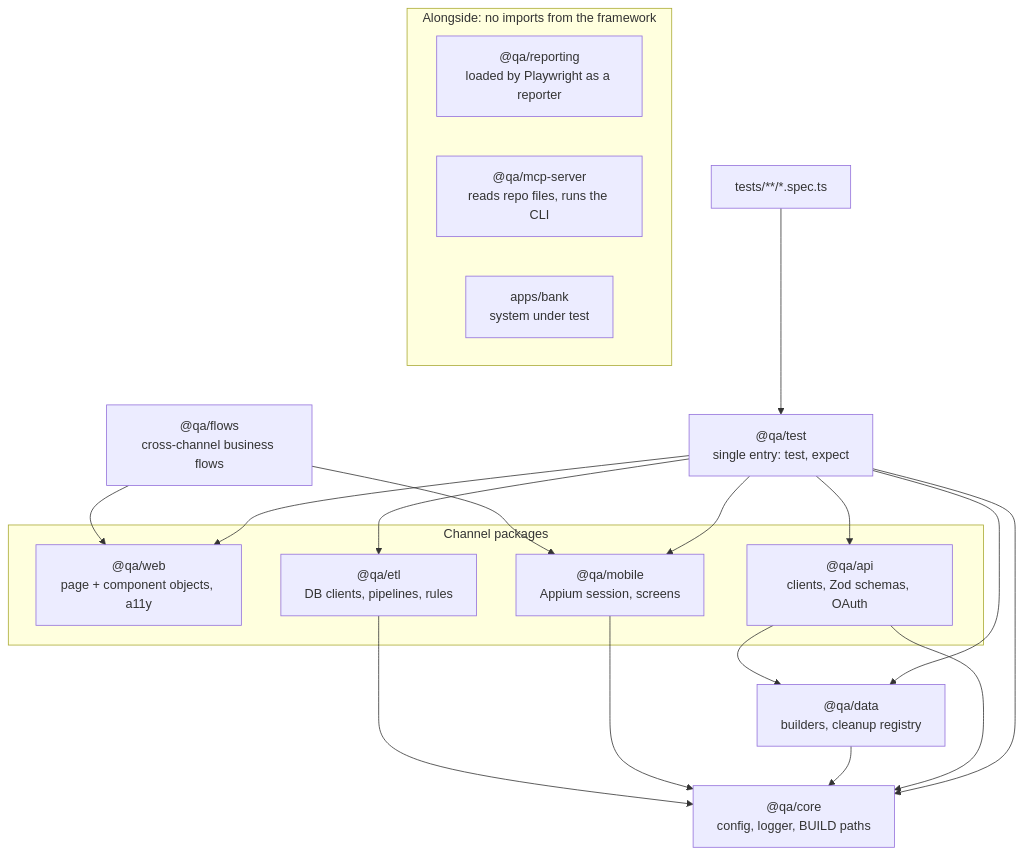
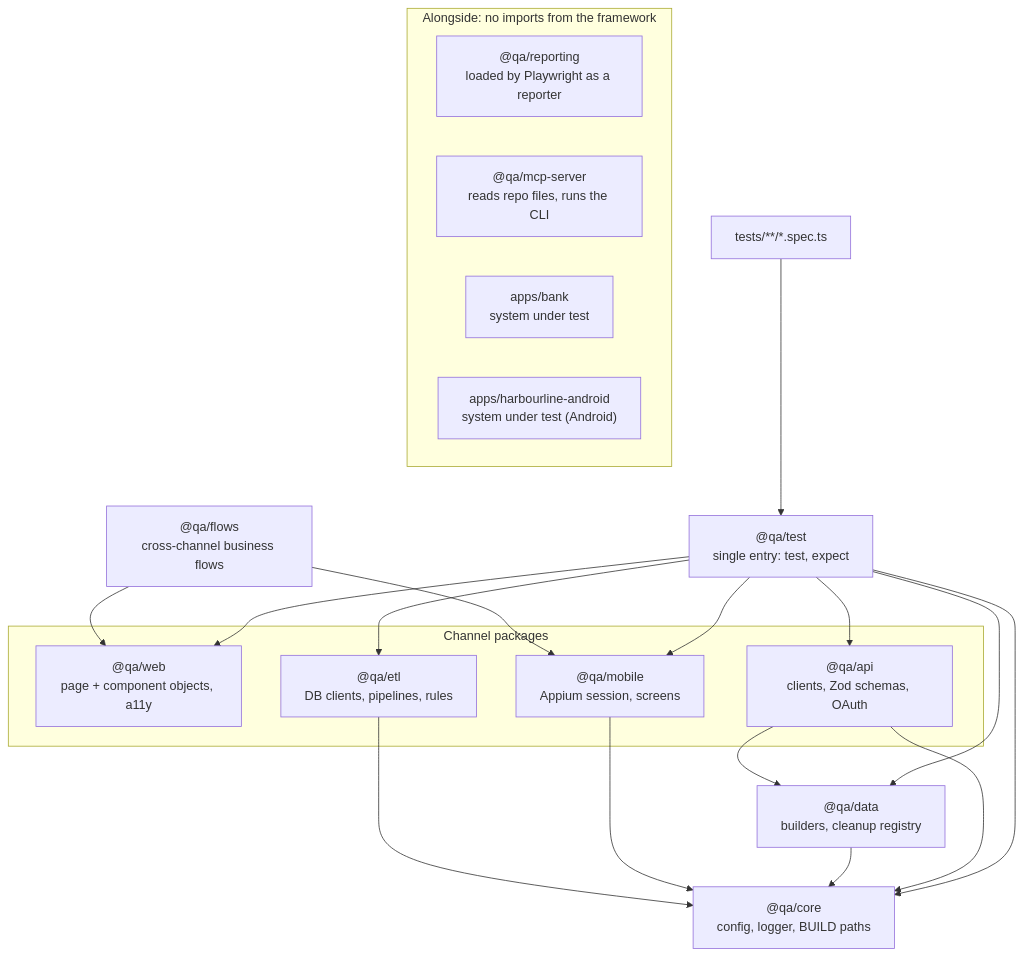
The second of 14 diagrams in docs/ARCHITECTURE.md (robindraec09/unified-automation-framework), drawn with Mermaid before and after one commit. The commit also changed other lines of this file and 42 other files, not shown here.

````diff
--- a/docs/ARCHITECTURE.md
+++ b/docs/ARCHITECTURE.md
@@ -62,30 +62,31 @@
 ```mermaid
 flowchart TB
   specs["tests/**/*.spec.ts"]
   test["@qa/test<br/>single entry: test, expect"]
   flows["@qa/flows<br/>cross-channel business flows"]
 
   subgraph channels["Channel packages"]
     web["@qa/web<br/>page + component objects, a11y"]
     api["@qa/api<br/>clients, Zod schemas, OAuth"]
     mobile["@qa/mobile<br/>Appium session, screens"]
     etl["@qa/etl<br/>DB clients, pipelines, rules"]
   end
 
   data["@qa/data<br/>builders, cleanup registry"]
   core["@qa/core<br/>config, logger, BUILD paths"]
 
   subgraph beside["Alongside: no imports from the framework"]
     reporting["@qa/reporting<br/>loaded by Playwright as a reporter"]
     mcpserver["@qa/mcp-server<br/>reads repo files, runs the CLI"]
     bankapp["apps/bank<br/>system under test"]
+    android["apps/harbourline-android<br/>system under test (Android)"]
   end
 
   specs --> test
   test --> web & api & mobile & etl & data & core
   flows --> web & mobile
   api --> data & core
   data --> core
   mobile --> core
   etl --> core
 ```
````
